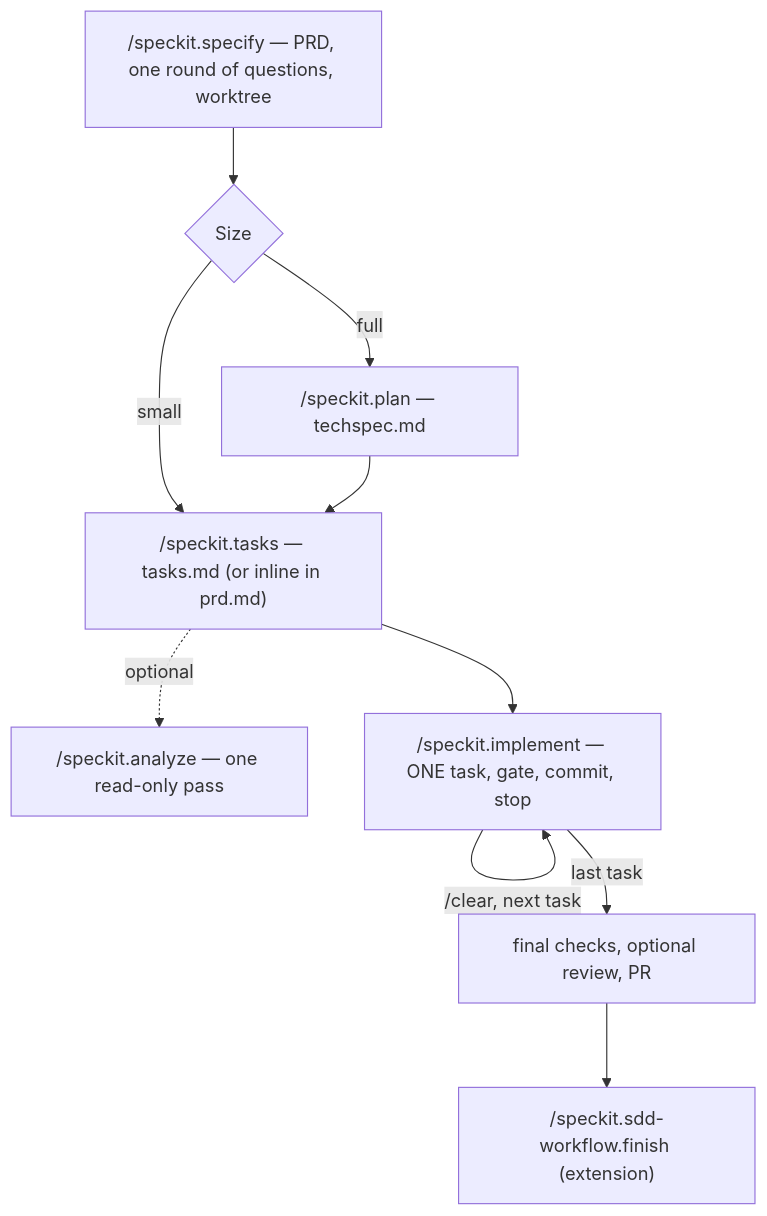
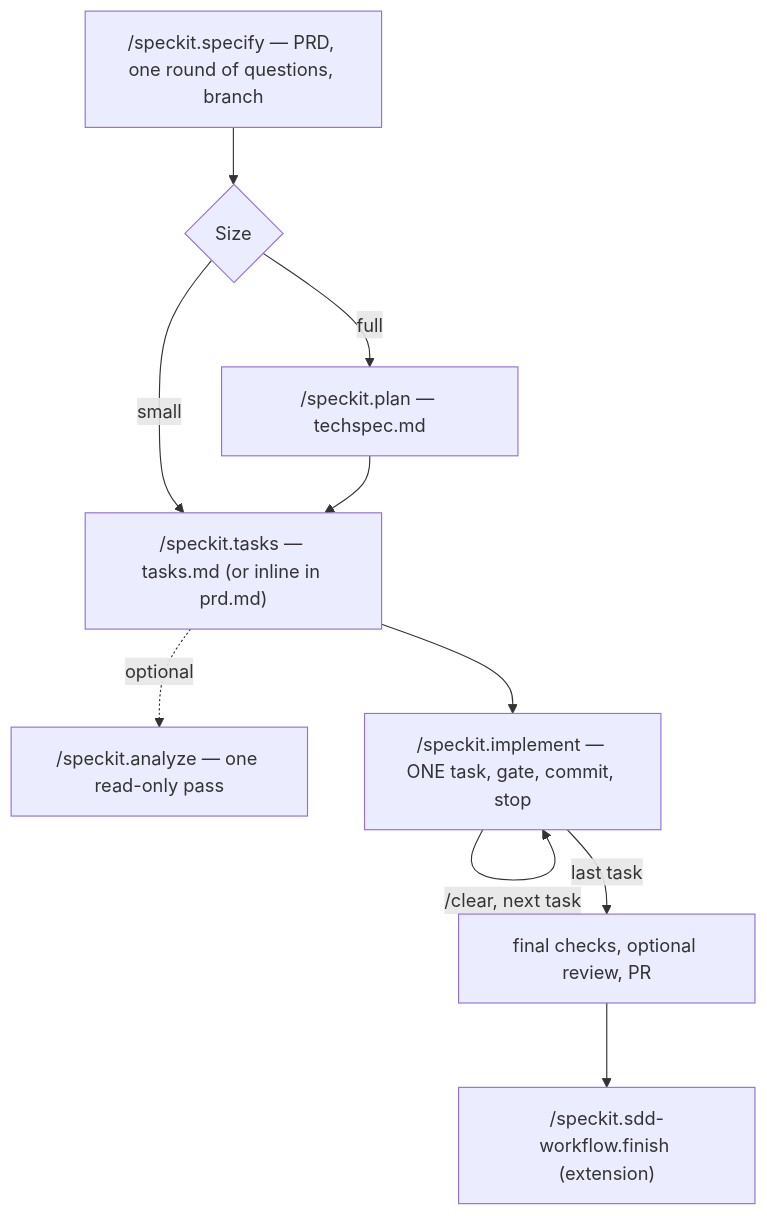
Before and after one commit to fabfdev/spec-kit-preset-sdd-workflow: the diagram in README.md, drawn with Mermaid. The commit also changed other lines of this file and 10 other files, not shown here.

First line of the commit message:
feat: drop worktrees and prefer graphify for code lookup (v4.1.0) (#4)

````diff
--- a/README.md
+++ b/README.md
@@ -13,12 +13,12 @@
 ```mermaid
 flowchart TD
-    SP["/speckit.specify — PRD, one round of questions, worktree"] --> SZ{Size}
+    SP["/speckit.specify — PRD, one round of questions, branch"] --> SZ{Size}
     SZ -->|full| PL["/speckit.plan — techspec.md"]
     SZ -->|small| TA
     PL --> TA["/speckit.tasks — tasks.md (or inline in prd.md)"]
     TA -.optional.-> AN["/speckit.analyze — one read-only pass"]
     TA --> IM["/speckit.implement — ONE task, gate, commit, stop"]
     IM -->|/clear, next task| IM
     IM -->|last task| PR["final checks, optional review, PR"]
     PR --> FI["/speckit.sdd-workflow.finish (extension)"]
 ```
````
